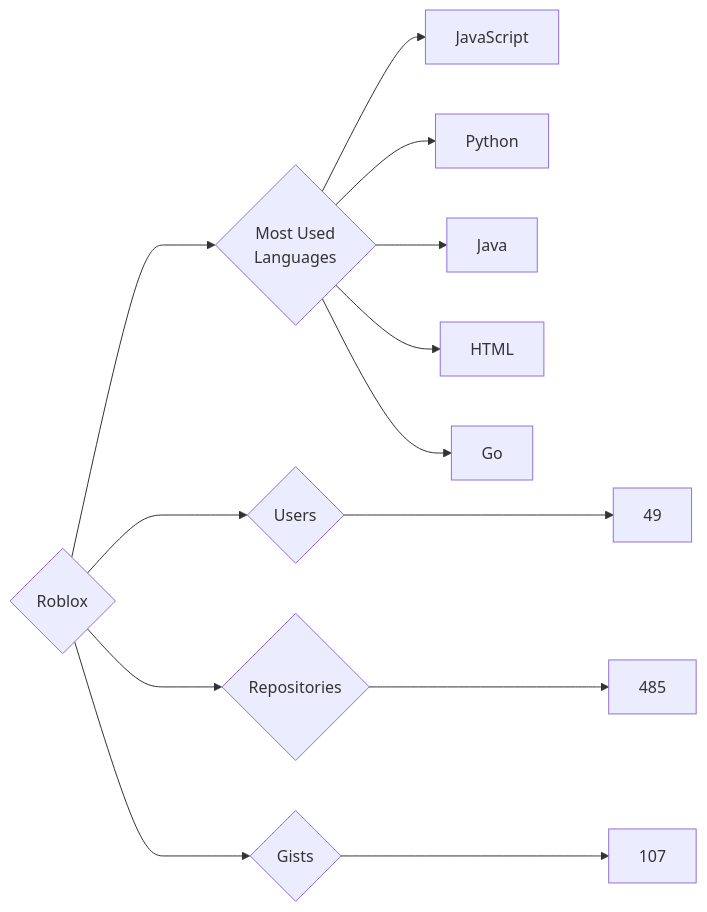
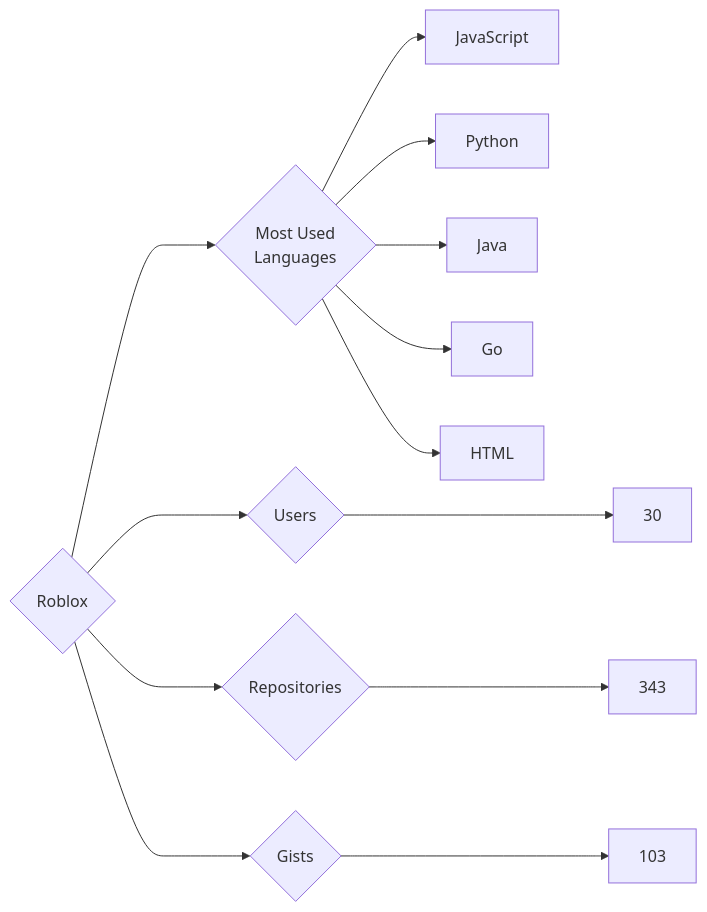
Before and after one commit to trickest/insiders: the diagram in targets/Roblox/README.md, drawn with Mermaid. The commit also changed 964 other files, not shown here.

````diff
--- a/targets/Roblox/README.md
+++ b/targets/Roblox/README.md
@@ -3,13 +3,13 @@
 ```mermaid
 graph LR
 COMPANY_NAME{Roblox}
-COMPANY_NAME ---> U{Users} ---> UN[49]
-COMPANY_NAME ---> R{Repositories} ---> RN[485]
-COMPANY_NAME ---> G{Gists} ---> GN[107]
+COMPANY_NAME ---> U{Users} ---> UN[30]
+COMPANY_NAME ---> R{Repositories} ---> RN[343]
+COMPANY_NAME ---> G{Gists} ---> GN[103]
 COMPANY_NAME ---> ML{Most Used<br>Languages}
 ML --> JavaScript[JavaScript]
 ML --> Python[Python]
 ML --> Java[Java]
+ML --> Go[Go]
 ML --> HTML[HTML]
-ML --> Go[Go]
 ```
````
